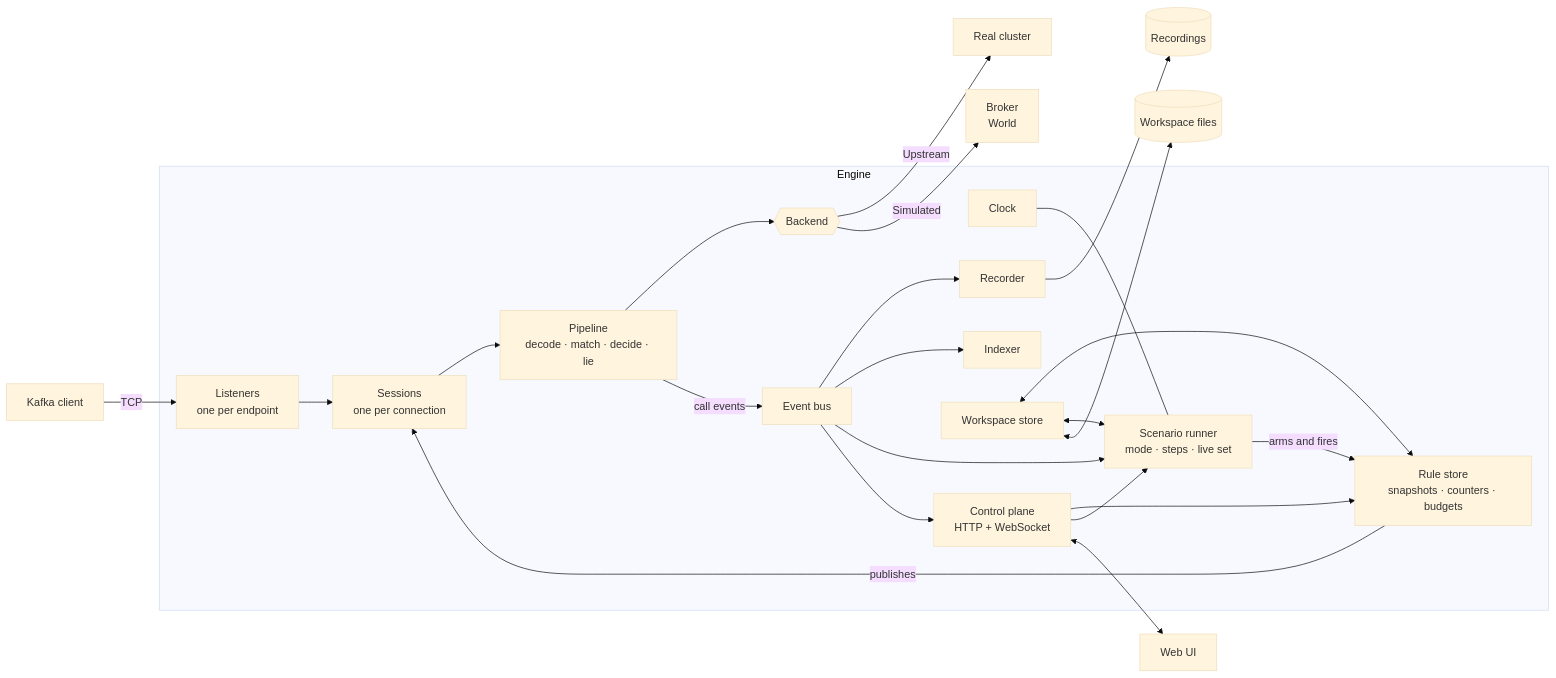
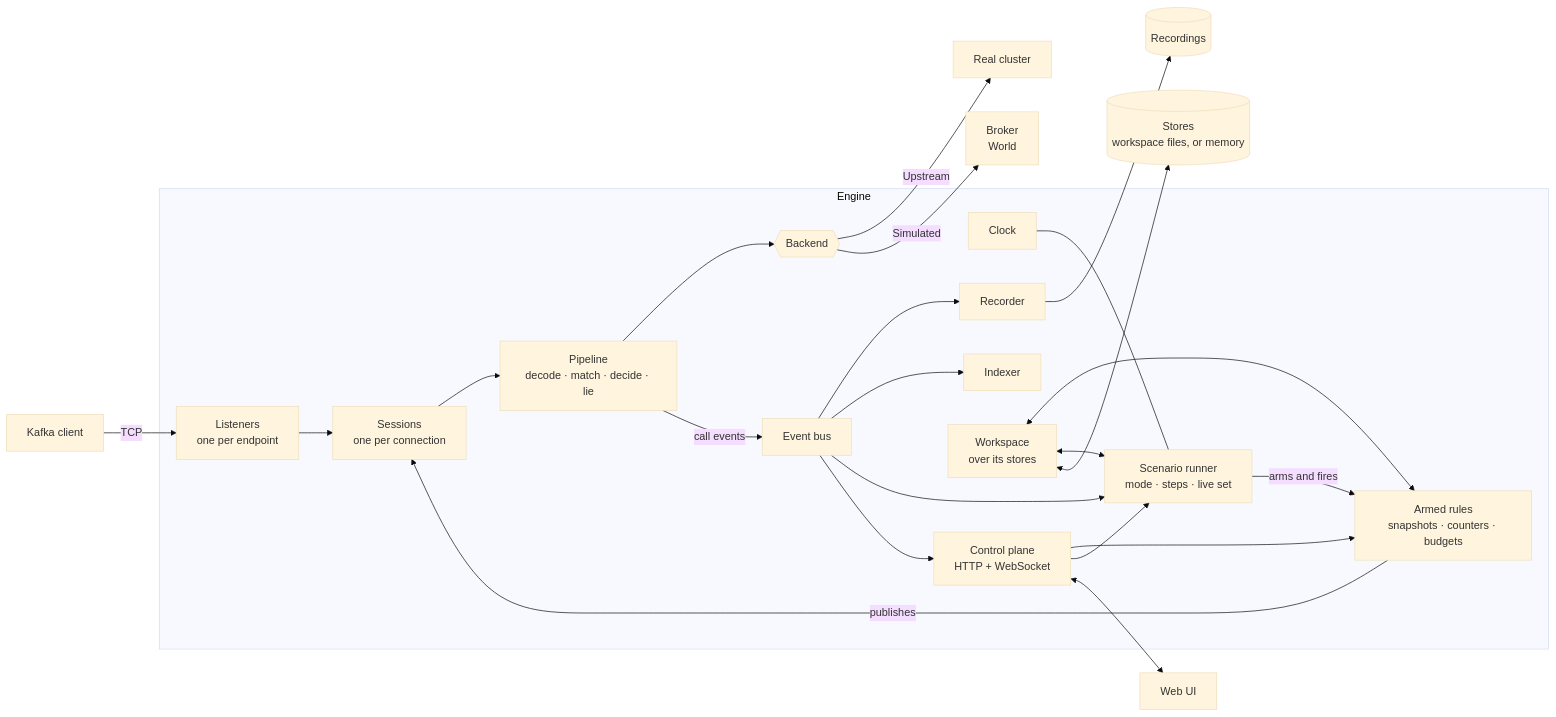
One commit to cruxy-eu/gaslightmq changed the first of 2 diagrams in docs/specs/architecture/README.md. Above: the diagram before and after it, drawn with Mermaid (base theme). The commit also changed other lines of this file and 73 other files, not shown here.

First line of the commit message:
feat(definition): each domain owns its store, and the workspace works over them (#64)

````diff
--- a/docs/specs/architecture/README.md
+++ b/docs/specs/architecture/README.md
@@ -31,28 +31,28 @@
 ```mermaid
 flowchart LR
   client["Kafka client"] -->|TCP| LI
 
   subgraph engine["Engine"]
     LI["Listeners<br/>one per endpoint"] --> SS["Sessions<br/>one per connection"]
     SS --> PL["Pipeline<br/>decode · match · decide · lie"]
     PL --> BE{{"Backend"}}
-    RS["Rule store<br/>snapshots · counters · budgets"] -->|publishes| SS
+    RS["Armed rules<br/>snapshots · counters · budgets"] -->|publishes| SS
     SR["Scenario runner<br/>mode · steps · live set"] -->|arms and fires| RS
     CK["Clock"] --- SR
     PL -->|call events| BUS["Event bus"]
     BUS --> REC["Recorder"]
     BUS --> IDX["Indexer"]
     BUS --> SR
-    WS["Workspace store"] <--> RS
+    WS["Workspace<br/>over its stores"] <--> RS
     WS <--> SR
     CP["Control plane<br/>HTTP + WebSocket"] --> RS
     CP --> SR
     BUS --> CP
   end
 
   BE -->|Upstream| kafka["Real cluster"]
   BE -->|Simulated| world["Broker<br/>World"]
   CP <--> ui["Web UI"]
-  WS <--> files[("Workspace files")]
+  WS <--> stores[("Stores<br/>workspace files, or memory")]
   REC --> recs[("Recordings")]
 ```
````
